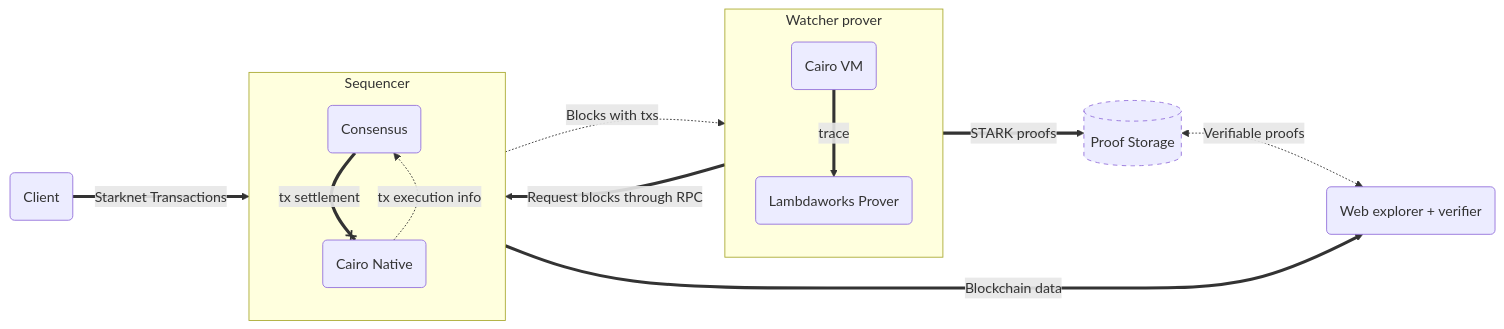
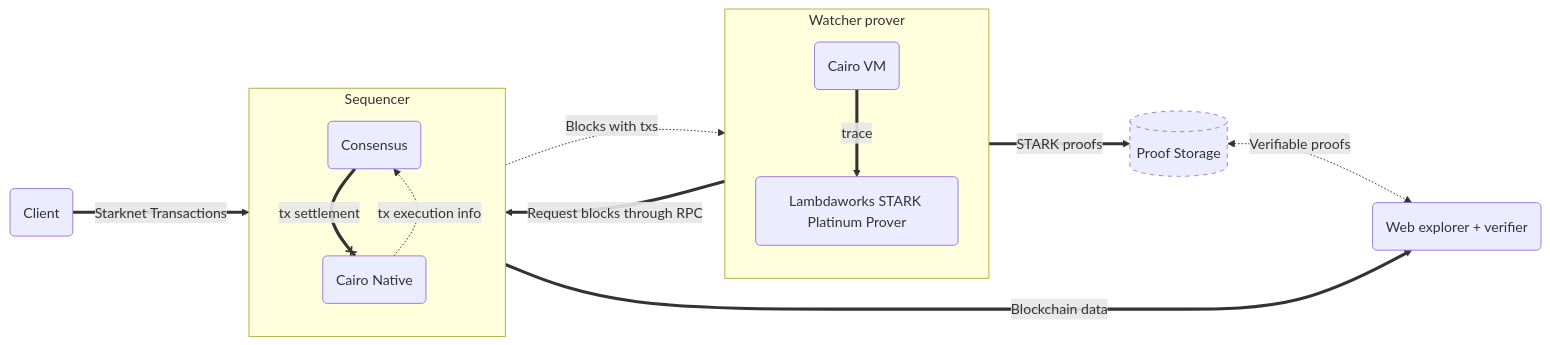
Before and after one commit to lambdaclass/starknet_stack: the diagram in README.md, drawn with Mermaid. The commit also changed other lines of this file, not shown here.

``````diff
--- a/README.md
+++ b/README.md
@@ -7,18 +7,18 @@
 `````mermaid
 flowchart LR
 	A("Client") ==>|"Starknet Transactions"| Sequencer
 	Sequencer -.->|"Blocks with txs"| watcher-prover["Watcher prover"]
 	watcher-prover ==>|"Request blocks through RPC "| Sequencer
 	watcher-prover ==>|"STARK proofs"| Db[("Proof Storage")]
 	style Db stroke-dasharray: 5
 	subgraph watcher-prover["Watcher prover"]
-		cairo-vm("Cairo VM") ==>|"trace"| prover("Lambdaworks Prover")
+		cairo-vm("Cairo VM") ==>|"trace"| prover("Lambdaworks STARK Platinum Prover")
 	end
 	subgraph Sequencer
 		C("Consensus") ==x|"tx settlement"| B("Cairo Native")
 		B -.->|"tx execution info"| C
 	end
     Sequencer ===>|"Blockchain data"| Explorer("Web explorer + verifier")
     Db <-.-> |"Verifiable proofs"| Explorer
     
 `````
``````
